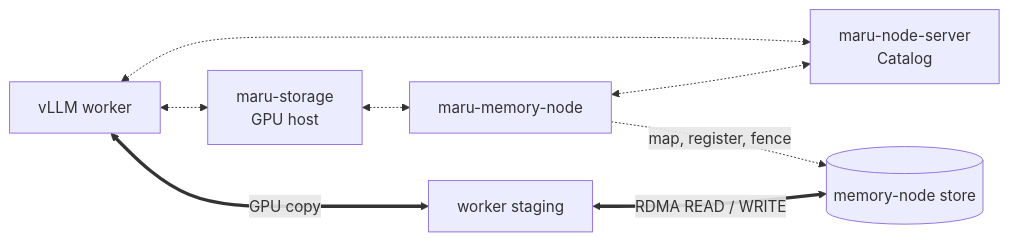
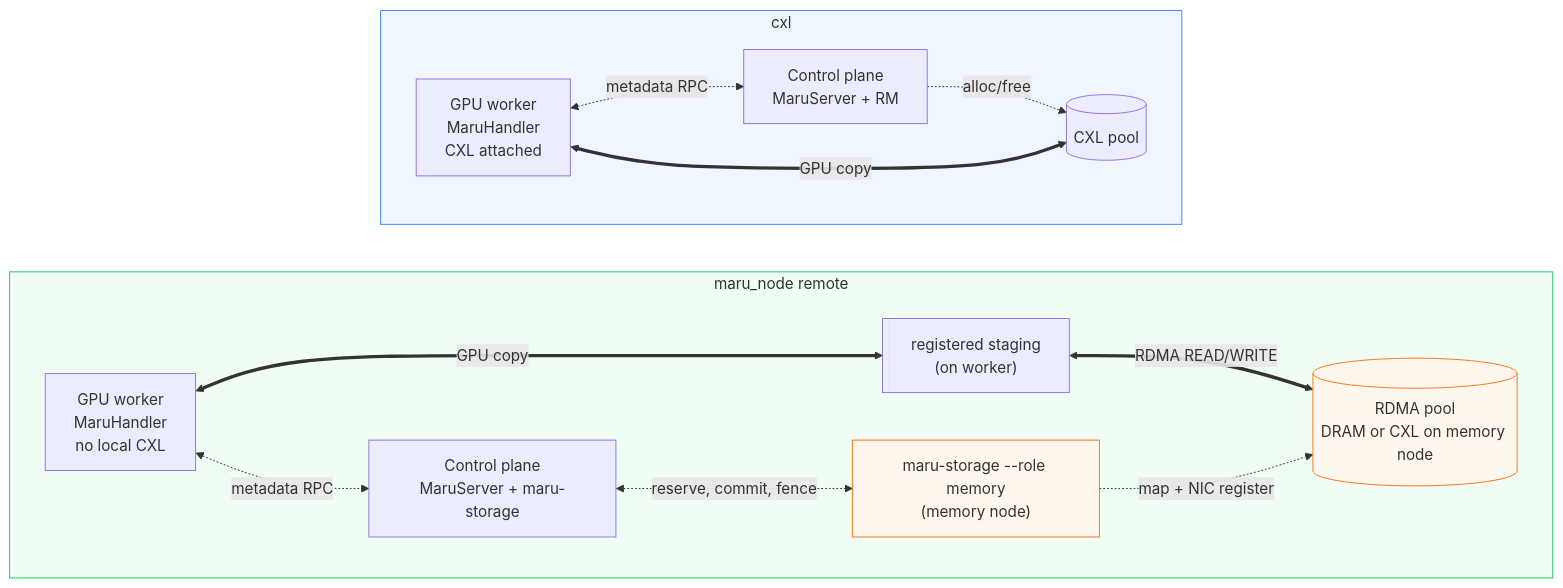
Before and after one commit to xcena-dev/maru: the diagram in docs/index.md, drawn with Mermaid. The commit also changed other lines of this file and 38 other files, not shown here.

First line of the commit message:
docs: reorganize the guides around the cxl and node backends

````diff
--- a/docs/index.md
+++ b/docs/index.md
@@ -14,10 +43,32 @@
 ```mermaid
-flowchart LR
-    W["vLLM worker"] <-.-> C["maru-node-server<br/>Catalog"]
-    W <-.-> G["maru-storage<br/>GPU host"]
-    G <-.-> M["maru-memory-node"]
-    M <-.-> C
-    W <==>|"GPU copy"| S["worker staging"]
-    S <==>|"RDMA READ / WRITE"| P[("memory-node store")]
-    M -.->|"map, register, fence"| P
+flowchart TB
+    subgraph Direct["cxl"]
+        direction LR
+        CW["GPU worker<br/>MaruHandler<br/>CXL attached"]
+        CC["Control plane<br/>MaruServer + RM"]
+        CM[("CXL pool")]
+        CW <-.->|"metadata RPC"| CC
+        CC -.->|"alloc/free"| CM
+        CW <==>|"GPU copy"| CM
+    end
+
+    subgraph Remote["maru_node remote"]
+        direction LR
+        RW["GPU worker<br/>MaruHandler<br/>no local CXL"]
+        ST["registered staging<br/>(on worker)"]
+        RC["Control plane<br/>MaruServer + maru-storage"]
+        AG["maru-storage --role memory<br/>(memory node)"]
+        RM[("RDMA pool<br/>DRAM or CXL on memory node")]
+        RW <-.->|"metadata RPC"| RC
+        RC <-.->|"reserve, commit, fence"| AG
+        RW <==>|"GPU copy"| ST
+        ST <==>|"RDMA READ/WRITE"| RM
+        AG -.->|"map + NIC register"| RM
+    end
+
+    Direct ~~~ Remote
+    style Direct fill:#eff6ff,stroke:#3b82f6
+    style Remote fill:#f0fdf4,stroke:#22c55e
+    style AG fill:#fff7ed,stroke:#f97316
+    style RM fill:#fff7ed,stroke:#f97316
 ```
````
